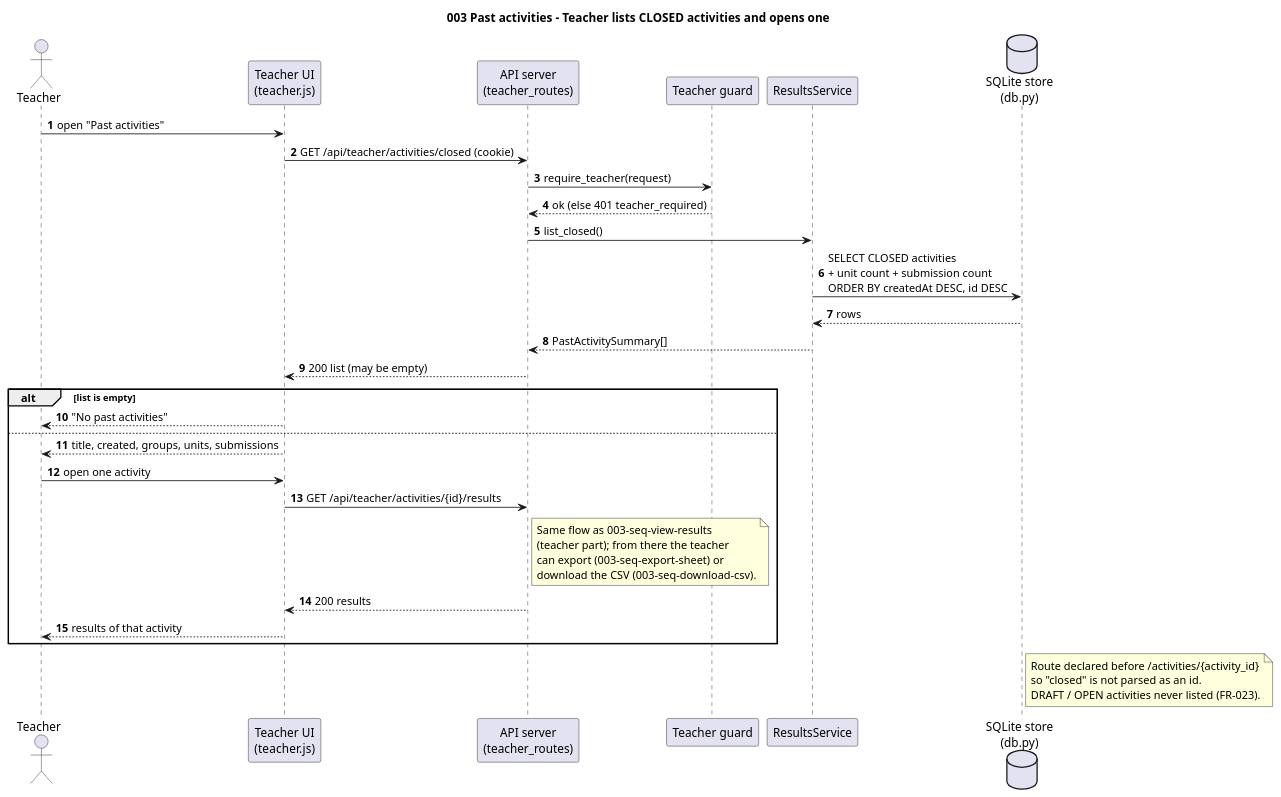
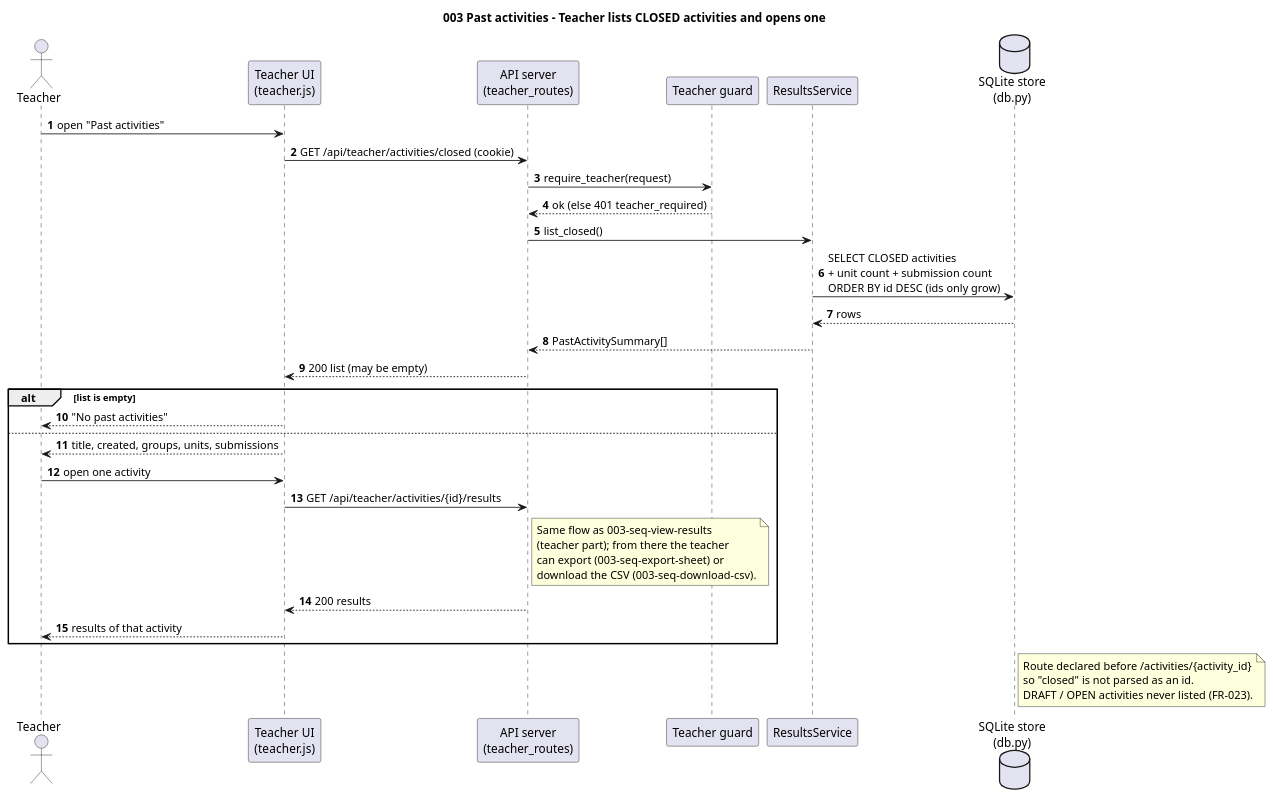
The diagram in diagrams/003-seq-past-activities.puml (WasabiSaikou/quiz-buzzer), drawn with PlantUML before and after one commit. The commit also changed 13 other files, not shown here.

First line of the commit message:
chore(003): Phase 7 polish - log hygiene, CLOSED push latency, code-vs-diagram verification

```diff
--- a/diagrams/003-seq-past-activities.puml
+++ b/diagrams/003-seq-past-activities.puml
@@ -1,45 +1,45 @@
 @startuml 003-seq-past-activities
 title 003 Past activities - Teacher lists CLOSED activities and opens one
 
 skinparam shadowing false
 skinparam defaultFontName "Microsoft JhengHei"
 autonumber
 
 actor Teacher
 participant "Teacher UI\n(teacher.js)" as TUI
 participant "API server\n(teacher_routes)" as API
 participant "Teacher guard" as AUTH
 participant "ResultsService" as RES
 database "SQLite store\n(db.py)" as DB
 
 Teacher -> TUI : open "Past activities"
 TUI -> API : GET /api/teacher/activities/closed (cookie)
 API -> AUTH : require_teacher(request)
 AUTH --> API : ok (else 401 teacher_required)
 API -> RES : list_closed()
-RES -> DB : SELECT CLOSED activities\n+ unit count + submission count\nORDER BY createdAt DESC, id DESC
+RES -> DB : SELECT CLOSED activities\n+ unit count + submission count\nORDER BY id DESC (ids only grow)
 DB --> RES : rows
 RES --> API : PastActivitySummary[]
 API --> TUI : 200 list (may be empty)
 alt list is empty
   TUI --> Teacher : "No past activities"
 else
   TUI --> Teacher : title, created, groups, units, submissions
   Teacher -> TUI : open one activity
   TUI -> API : GET /api/teacher/activities/{id}/results
   note right of API
     Same flow as 003-seq-view-results
     (teacher part); from there the teacher
     can export (003-seq-export-sheet) or
     download the CSV (003-seq-download-csv).
   end note
   API --> TUI : 200 results
   TUI --> Teacher : results of that activity
 end
 
 note right of DB
   Route declared before /activities/{activity_id}
   so "closed" is not parsed as an id.
   DRAFT / OPEN activities never listed (FR-023).
 end note
 @enduml
```
